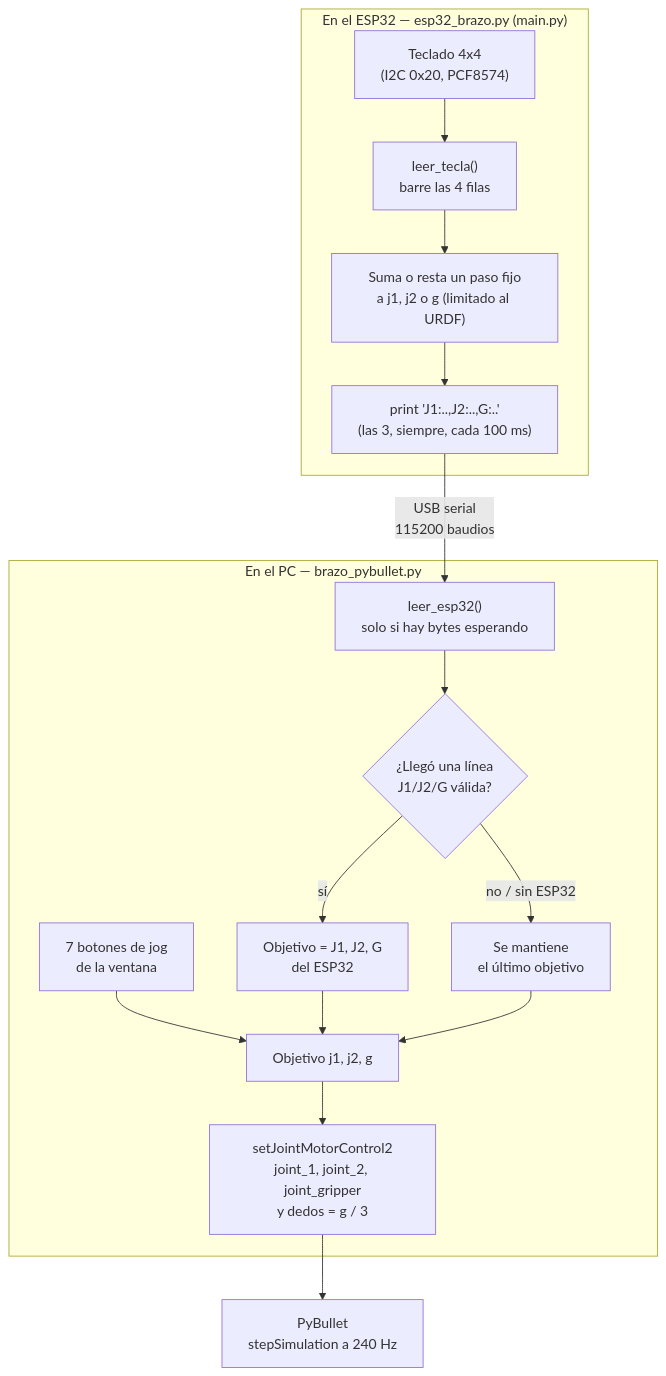
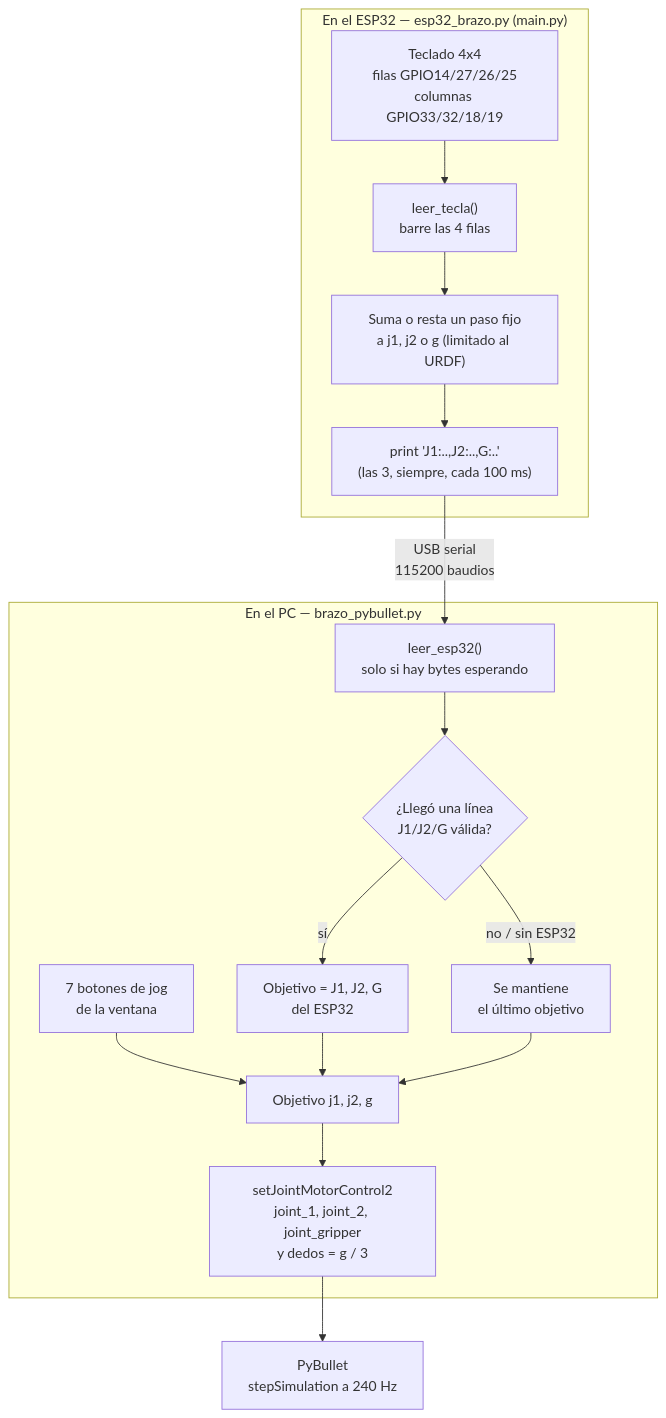
The second of 3 diagrams in 7-brazo-robotico-urdf/README.md (Dathinel/Sensores-Teoria), drawn with Mermaid before and after one commit. The commit also changed other lines of this file and 36 other files, not shown here.

First line of the commit message:
Temas 6, 7 y 8: montajes 3D, fotos y demos; teclado directo a GPIO en el tema 7

````diff
--- a/7-brazo-robotico-urdf/README.md
+++ b/7-brazo-robotico-urdf/README.md
@@ -112,22 +112,22 @@
 ```mermaid
 flowchart TD
     subgraph ESP["En el ESP32 — esp32_brazo.py (main.py)"]
-        Teclado["Teclado 4x4<br/>(I2C 0x20, PCF8574)"] --> Barre["leer_tecla()<br/>barre las 4 filas"]
+        Teclado["Teclado 4x4<br/>filas GPIO14/27/26/25<br/>columnas GPIO33/32/18/19"] --> Barre["leer_tecla()<br/>barre las 4 filas"]
         Barre --> Actualiza["Suma o resta un paso fijo<br/>a j1, j2 o g (limitado al URDF)"]
         Actualiza --> Envia["print 'J1:..,J2:..,G:..'<br/>(las 3, siempre, cada 100 ms)"]
     end
 
     Envia -->|"USB serial<br/>115200 baudios"| Recibe
 
     subgraph PC["En el PC — brazo_pybullet.py"]
         Recibe["leer_esp32()<br/>solo si hay bytes esperando"] --> Valido{"¿Llegó una línea<br/>J1/J2/G válida?"}
         Valido -->|"sí"| UsaESP["Objetivo = J1, J2, G<br/>del ESP32"]
         Valido -->|"no / sin ESP32"| Mantiene["Se mantiene<br/>el último objetivo"]
         Botones["7 botones de jog<br/>de la ventana"] --> Objetivo
         UsaESP --> Objetivo["Objetivo j1, j2, g"]
         Mantiene --> Objetivo
         Objetivo --> Mueve["setJointMotorControl2<br/>joint_1, joint_2, joint_gripper<br/>y dedos = g / 3"]
     end
 
     Mueve --> Sim["PyBullet<br/>stepSimulation a 240 Hz"]
 ```
````
